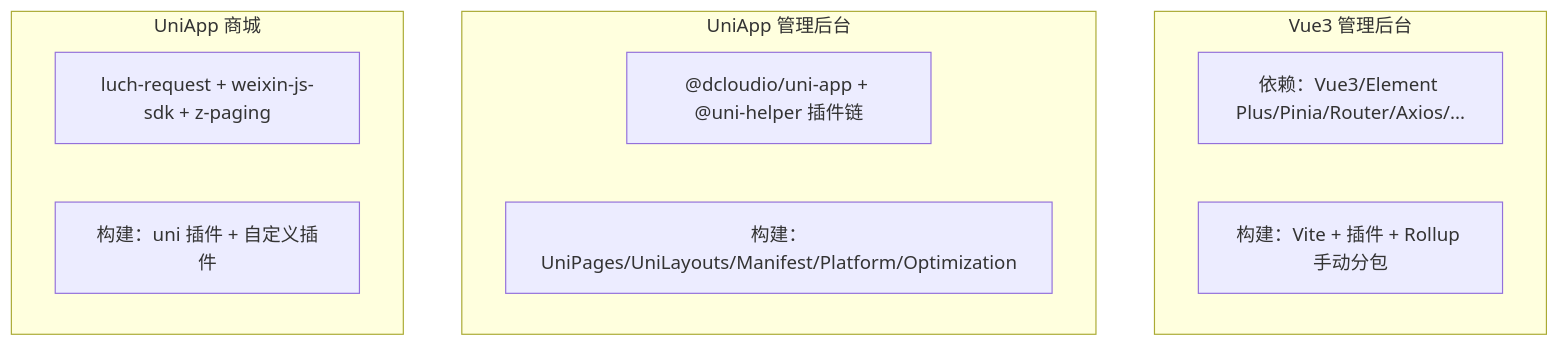
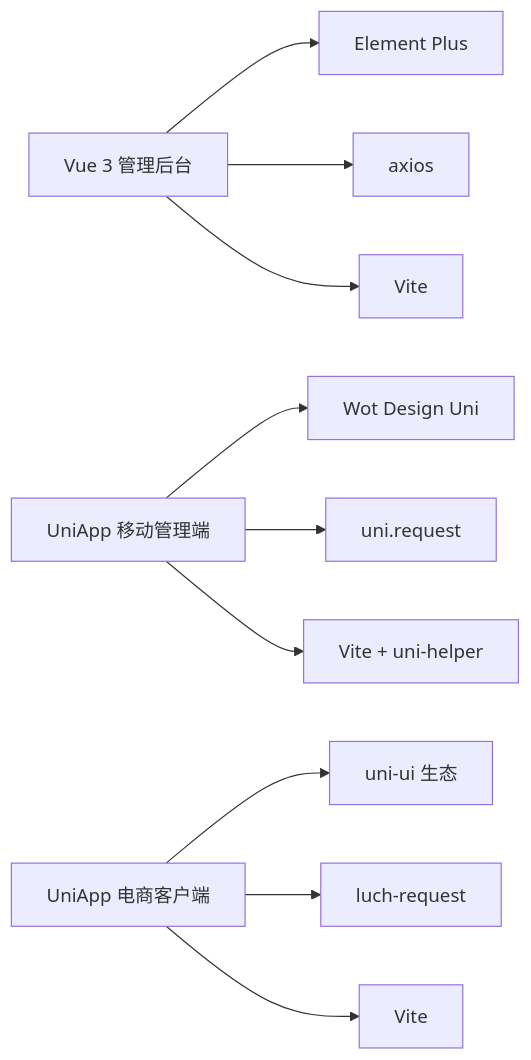
One commit to zhuangpengLI/AgenticCPS changed the sixth of 6 diagrams in .qoder/repowiki/zh/content/前端应用架构/前端应用架构.md. Above: the diagram before and after it, drawn with Mermaid. The commit also changed other lines of this file and 293 other files, not shown here.

````diff
--- a/.qoder/repowiki/zh/content/前端应用架构/前端应用架构.md
+++ b/.qoder/repowiki/zh/content/前端应用架构/前端应用架构.md
@@ -304,15 +302,12 @@
 ```mermaid
-graph TB
-subgraph "Vue3 管理后台"
-VDeps["依赖：Vue3/Element Plus/Pinia/Router/Axios/..."]
-VBuild["构建：Vite + 插件 + Rollup 手动分包"]
-end
-subgraph "UniApp 管理后台"
-UDeps["@dcloudio/uni-app + @uni-helper 插件链"]
-UBuild["构建：UniPages/UniLayouts/Manifest/Platform/Optimization"]
-end
-subgraph "UniApp 商城"
-MDeps["luch-request + weixin-js-sdk + z-paging"]
-MBuild["构建：uni 插件 + 自定义插件"]
-end
+graph LR
+Vue3["Vue 3 管理后台"] --> EP["Element Plus"]
+Vue3 --> Axios["axios"]
+Vue3 --> Vite1["Vite"]
+UniAdmin["UniApp 移动管理端"] --> Wot["Wot Design Uni"]
+UniAdmin --> UniReq["uni.request"]
+UniAdmin --> Vite2["Vite + uni-helper"]
+Mall["UniApp 电商客户端"] --> UniUI["uni-ui 生态"]
+Mall --> Luch["luch-request"]
+Mall --> Vite3["Vite"]
 ```
````
